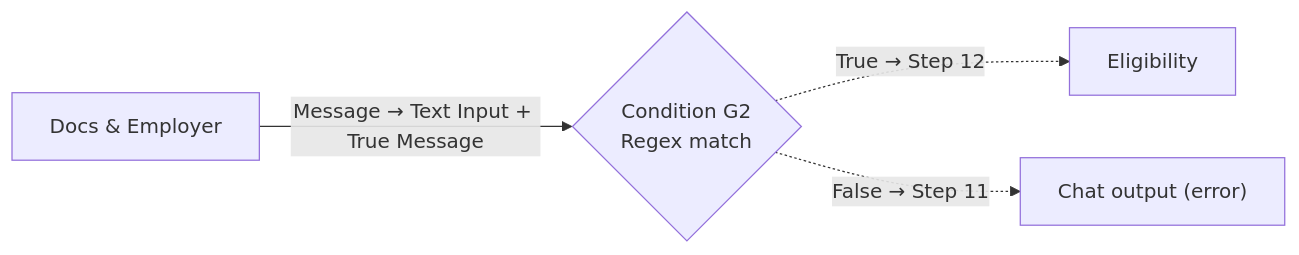
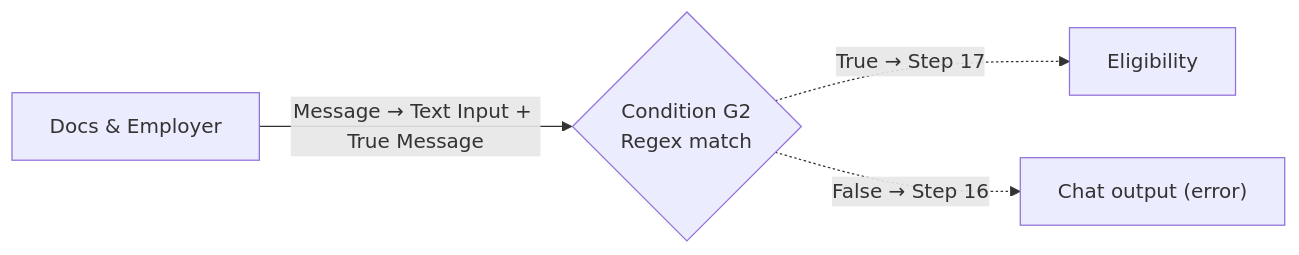
One commit to vmleon/oracle-database-private-agent-factory-poc changed diagram 15 of 23 in paf/flows/CHAT_WORKFLOW.md. Above: the diagram before and after it, drawn with Mermaid. The commit also changed other lines of this file and 10 other files, not shown here.

````diff
--- a/paf/flows/CHAT_WORKFLOW.md
+++ b/paf/flows/CHAT_WORKFLOW.md
@@ -314,6 +398,6 @@
 ```mermaid
 flowchart LR
     A["Docs & Employer"] -->|Message → Text Input + True Message| G2{"Condition G2<br/>Regex match"}
-    G2 -.->|True → Step 12| EL["Eligibility"]
-    G2 -.->|False → Step 11| OE["Chat output (error)"]
+    G2 -.->|True → Step 17| EL["Eligibility"]
+    G2 -.->|False → Step 16| OE["Chat output (error)"]
 ```
````
